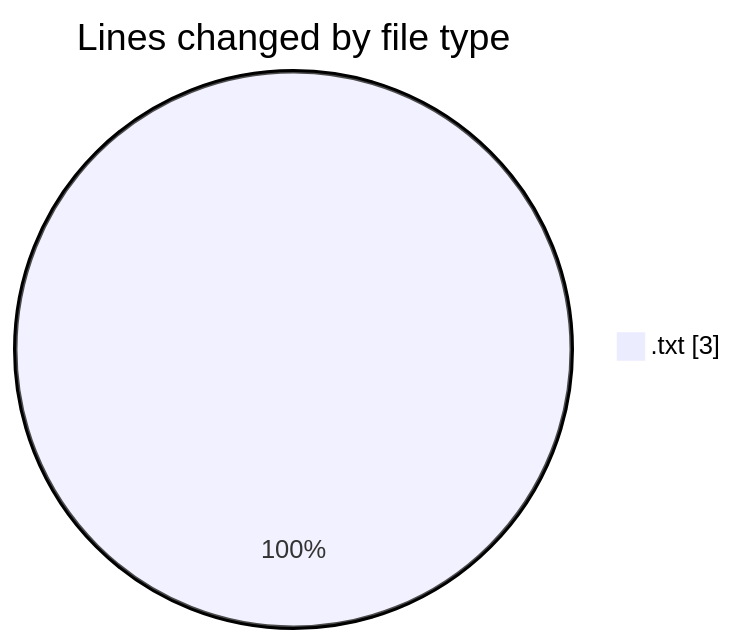
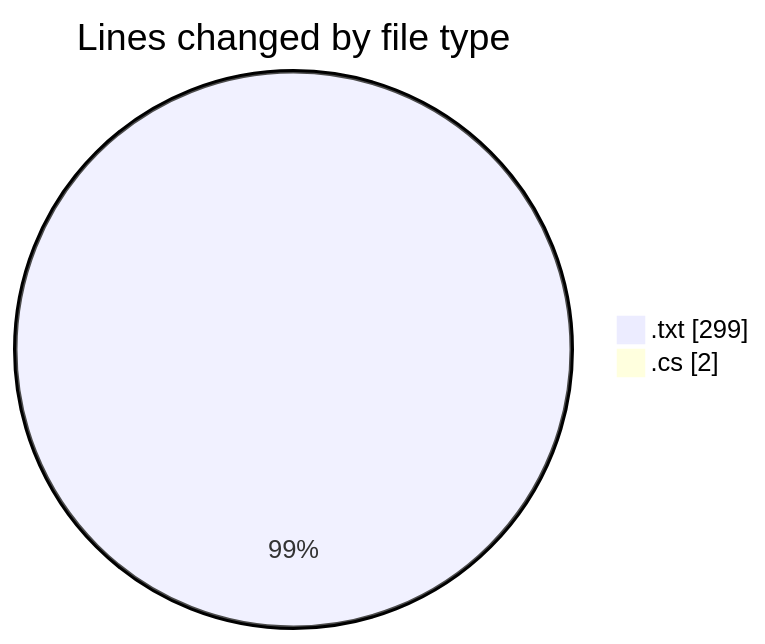
Before and after one commit to lephambinh05/code-tracking: the first of 2 diagrams in 2025-07-26/quanlyrapchieuphim-1/README.md, drawn with Mermaid. The commit also changed other lines of this file and 1 other file, not shown here.

````diff
--- a/2025-07-26/quanlyrapchieuphim-1/README.md
+++ b/2025-07-26/quanlyrapchieuphim-1/README.md
@@ -20,5 +21,6 @@
 ```mermaid
 pie showData
 title Lines changed by file type
-".txt" : 3
+".txt" : 299
+".cs" : 2
 ```
````
